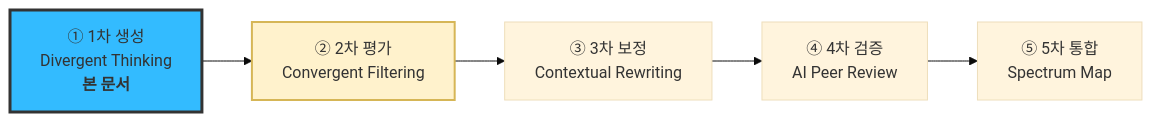
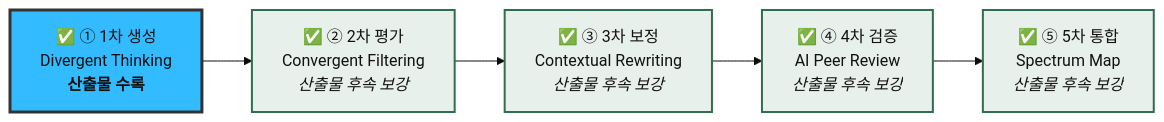
One commit to new-rim/business-research-practice-2026-sesac changed the first of 2 diagrams in 05-personas/persona-02-spectrum.md. Above: the diagram before and after it, drawn with Mermaid (base theme). The commit also changed other lines of this file and 1 other file, not shown here.

First line of the commit message:
docs(05): 스펙트럼 워크플로우 5단계 완료 처리 및 일반 페르소나 문서 추가

````diff
--- a/05-personas/persona-02-spectrum.md
+++ b/05-personas/persona-02-spectrum.md
@@ -18,10 +19,10 @@
 ```mermaid
 graph LR
-    S1["① 1차 생성<br/>Divergent Thinking<br/><b>본 문서</b>"]:::now --> S2["② 2차 평가<br/>Convergent Filtering"]:::next
-    S2 --> S3["③ 3차 보정<br/>Contextual Rewriting"]
-    S3 --> S4["④ 4차 검증<br/>AI Peer Review"]
-    S4 --> S5["⑤ 5차 통합<br/>Spectrum Map"]
+    S1["✅ ① 1차 생성<br/>Divergent Thinking<br/><b>산출물 수록</b>"]:::done --> S2["✅ ② 2차 평가<br/>Convergent Filtering<br/><i>산출물 후속 보강</i>"]:::pending
+    S2 --> S3["✅ ③ 3차 보정<br/>Contextual Rewriting<br/><i>산출물 후속 보강</i>"]:::pending
+    S3 --> S4["✅ ④ 4차 검증<br/>AI Peer Review<br/><i>산출물 후속 보강</i>"]:::pending
+    S4 --> S5["✅ ⑤ 5차 통합<br/>Spectrum Map<br/><i>산출물 후속 보강</i>"]:::pending
 
-    classDef now fill:#33BBFF,stroke:#333,stroke-width:3px;
-    classDef next fill:#FFF2CC,stroke:#D6B656,stroke-width:2px;
+    classDef done fill:#33BBFF,stroke:#333,stroke-width:3px,color:#111;
+    classDef pending fill:#E8F0EB,stroke:#2F6F4E,stroke-width:2px,color:#111;
 ```
````
